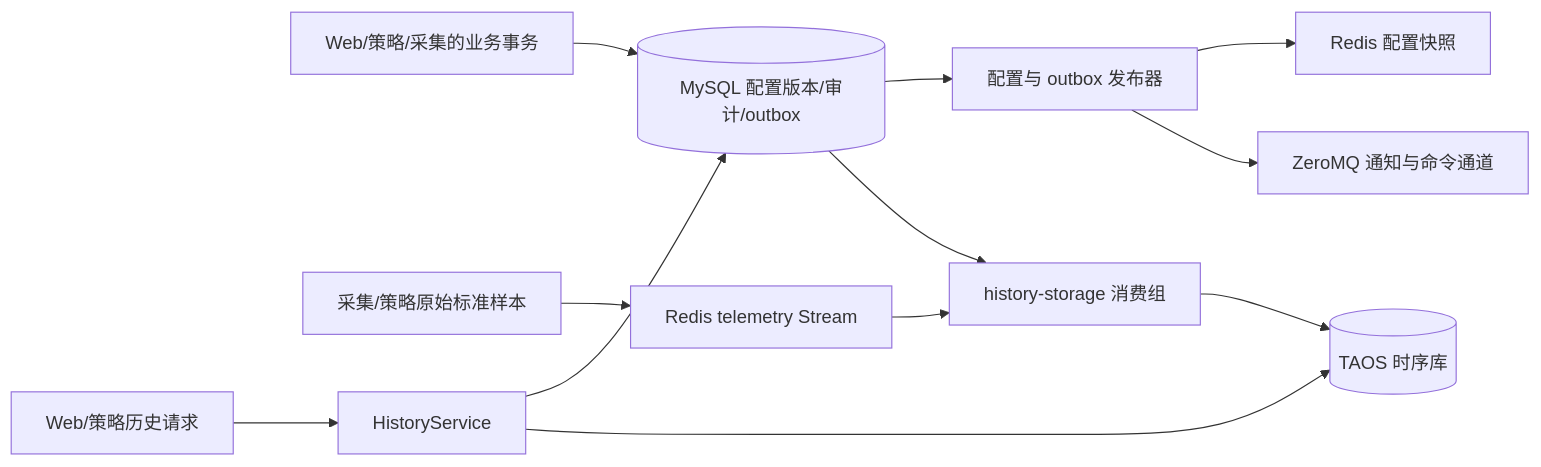
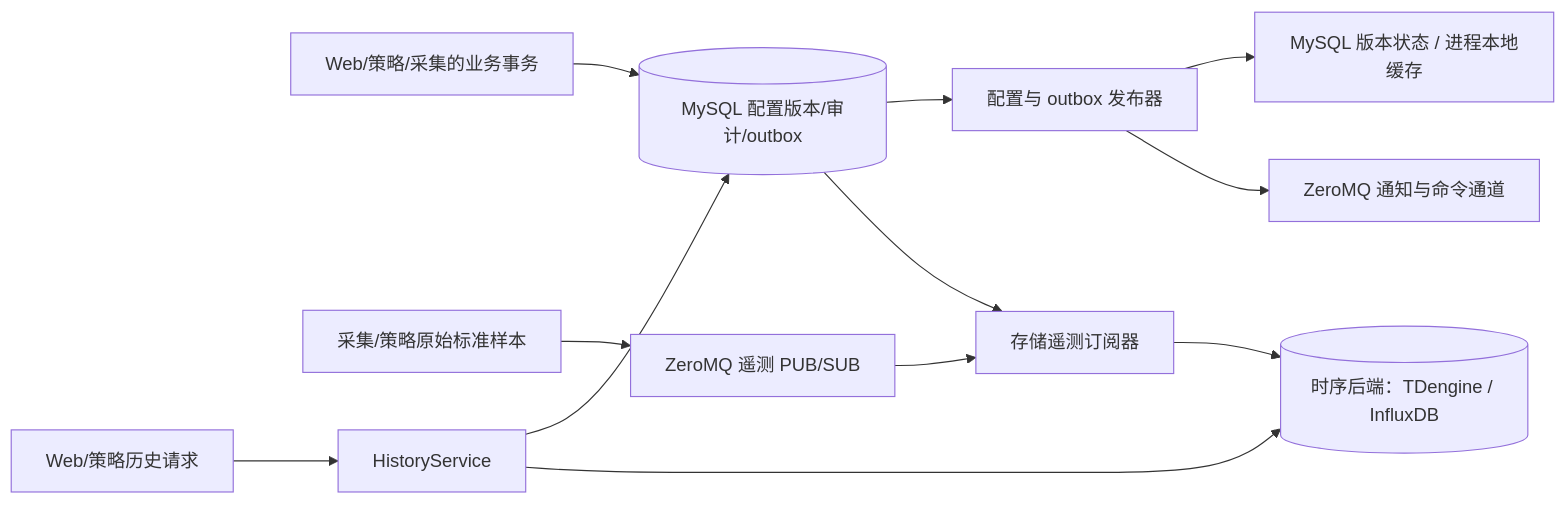
One commit to 600888/ems changed the diagram in docs/processes/storage/design.md. Above: the diagram before and after it, drawn with Mermaid. The commit also changed other lines of this file and 28 other files, not shown here.

````diff
--- a/docs/processes/storage/design.md
+++ b/docs/processes/storage/design.md
@@ -19,14 +22,14 @@
 ```mermaid
 flowchart LR
     CFG[Web/策略/采集的业务事务] --> MYSQL[(MySQL 配置版本/审计/outbox)]
     MYSQL --> PUB[配置与 outbox 发布器]
-    PUB --> SNAP[Redis 配置快照]
+    PUB --> CONFIG[MySQL 版本状态 / 进程本地缓存]
     PUB --> ZMQ[ZeroMQ 通知与命令通道]
-    SAMPLE[采集/策略原始标准样本] --> STREAM[Redis telemetry Stream]
-    STREAM --> CONSUMER[history-storage 消费组]
+    SAMPLE[采集/策略原始标准样本] --> ZTELEM[ZeroMQ 遥测 PUB/SUB]
+    ZTELEM --> CONSUMER[存储遥测订阅器]
     MYSQL --> CONSUMER
-    CONSUMER --> TAOS[(TAOS 时序库)]
+    CONSUMER --> SERIES[(时序后端：TDengine / InfluxDB)]
     WEB[Web/策略历史请求] --> QUERY[HistoryService]
     QUERY --> MYSQL
-    QUERY --> TAOS
+    QUERY --> SERIES
 ```
````
